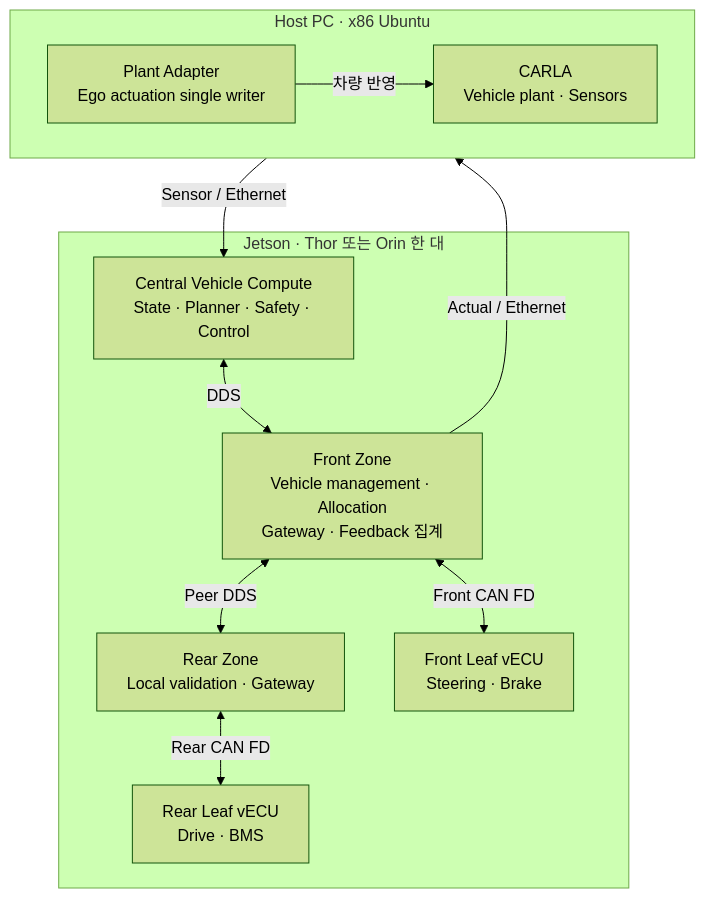
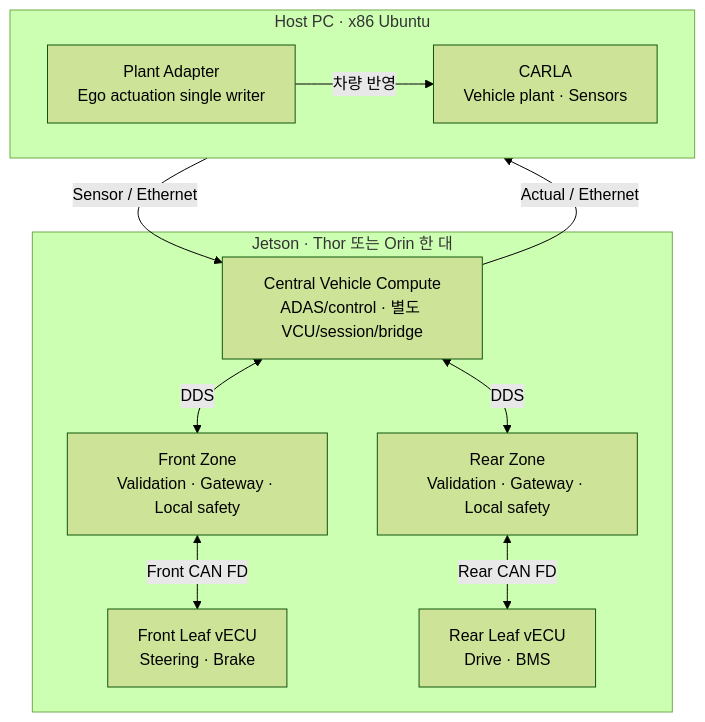
The diagram in README.md (shinjuyeop/StrataDrive), drawn with Mermaid (forest theme) before and after one commit. The commit also changed other lines of this file and 56 other files, not shown here.

````diff
--- a/README.md
+++ b/README.md
@@ -73,22 +79,22 @@
 ```mermaid
 flowchart TB
   subgraph HOST["Host PC · x86 Ubuntu"]
     direction LR
     ADAPTER["Plant Adapter<br/>Ego actuation single writer"]
     CARLA["CARLA<br/>Vehicle plant · Sensors"]
     ADAPTER -->|차량 반영| CARLA
   end
   subgraph TARGET["Jetson · Thor 또는 Orin 한 대"]
-    CENTRAL["Central Vehicle Compute<br/>State · Planner · Safety · Control"]
-    FRONT["Front Zone<br/>Vehicle management · Allocation<br/>Gateway · Feedback 집계"]
-    REAR["Rear Zone<br/>Local validation · Gateway"]
+    CENTRAL["Central Vehicle Compute<br/>ADAS/control · 별도 VCU/session/bridge"]
+    FRONT["Front Zone<br/>Validation · Gateway · Local safety"]
+    REAR["Rear Zone<br/>Validation · Gateway · Local safety"]
     FRONT_LEAF["Front Leaf vECU<br/>Steering · Brake"]
     REAR_LEAF["Rear Leaf vECU<br/>Drive · BMS"]
     CENTRAL <-->|DDS| FRONT
-    FRONT <-->|Peer DDS| REAR
+    CENTRAL <-->|DDS| REAR
     FRONT <-->|Front CAN FD| FRONT_LEAF
     REAR <-->|Rear CAN FD| REAR_LEAF
   end
   CARLA -->|Sensor / Ethernet| CENTRAL
-  FRONT -->|Actual / Ethernet| ADAPTER
+  CENTRAL -->|Actual / Ethernet| ADAPTER
 ```
````
